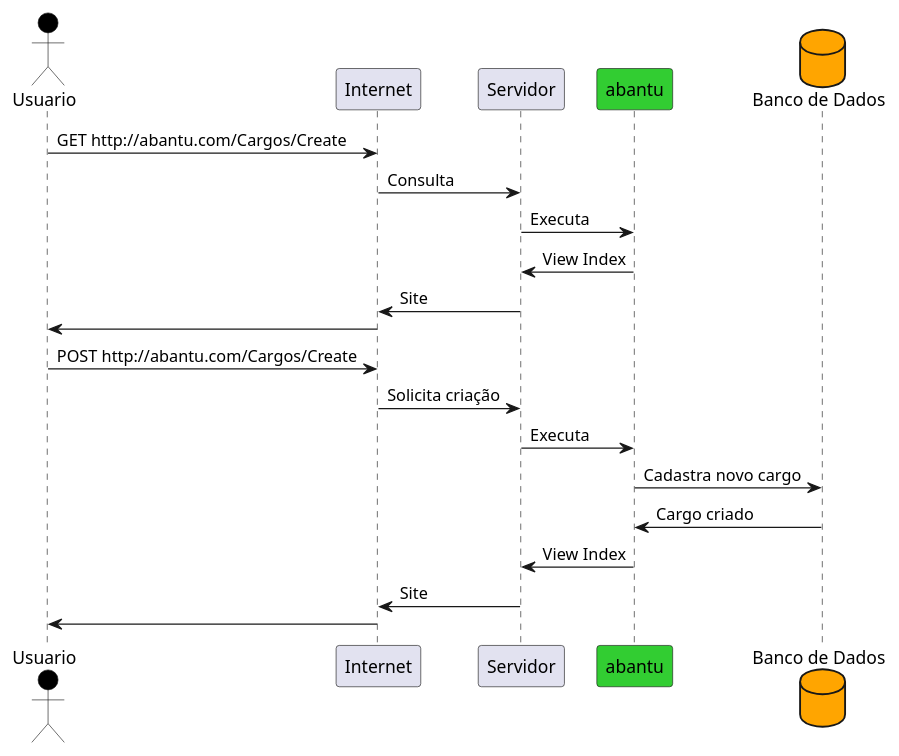
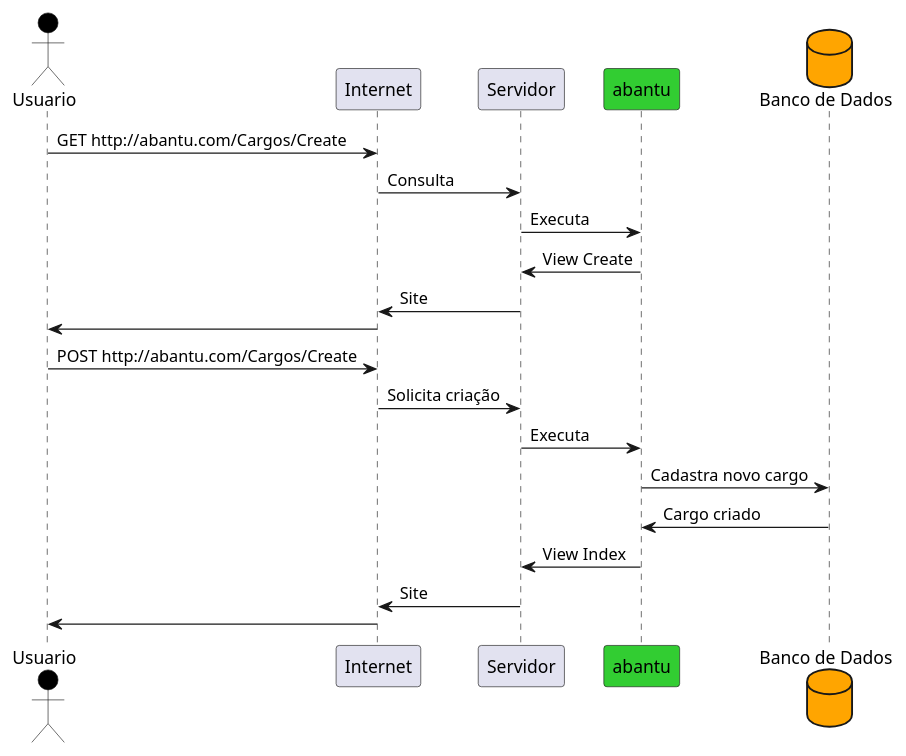
The diagram in diagrams/src/internet.pu (robertoosantosdev/educafro_2310_-csharp), drawn with PlantUML before and after one commit. The commit also changed 1 other file, not shown here.

```diff
--- a/diagrams/src/internet.pu
+++ b/diagrams/src/internet.pu
@@ -1,22 +1,22 @@
 @startuml
 actor Usuario as usr #Black
 usr -> Internet: GET http://abantu.com/Cargos/Create
 Internet -> Servidor: Consulta
 
 participant "abantu" as prj #LimeGreen
 Servidor -> prj: Executa
-prj -> Servidor: View Index
+prj -> Servidor: View Create
 Servidor -> Internet: Site
 Internet -> usr
 usr -> Internet: POST http://abantu.com/Cargos/Create
 Internet -> Servidor: Solicita criação
 Servidor -> prj: Executa
 
 database "Banco de Dados" as db #Orange
 prj -> db: Cadastra novo cargo
 db -> prj: Cargo criado
 prj -> Servidor: View Index
 Servidor -> Internet: Site
 Internet -> usr
 
 @enduml
```
